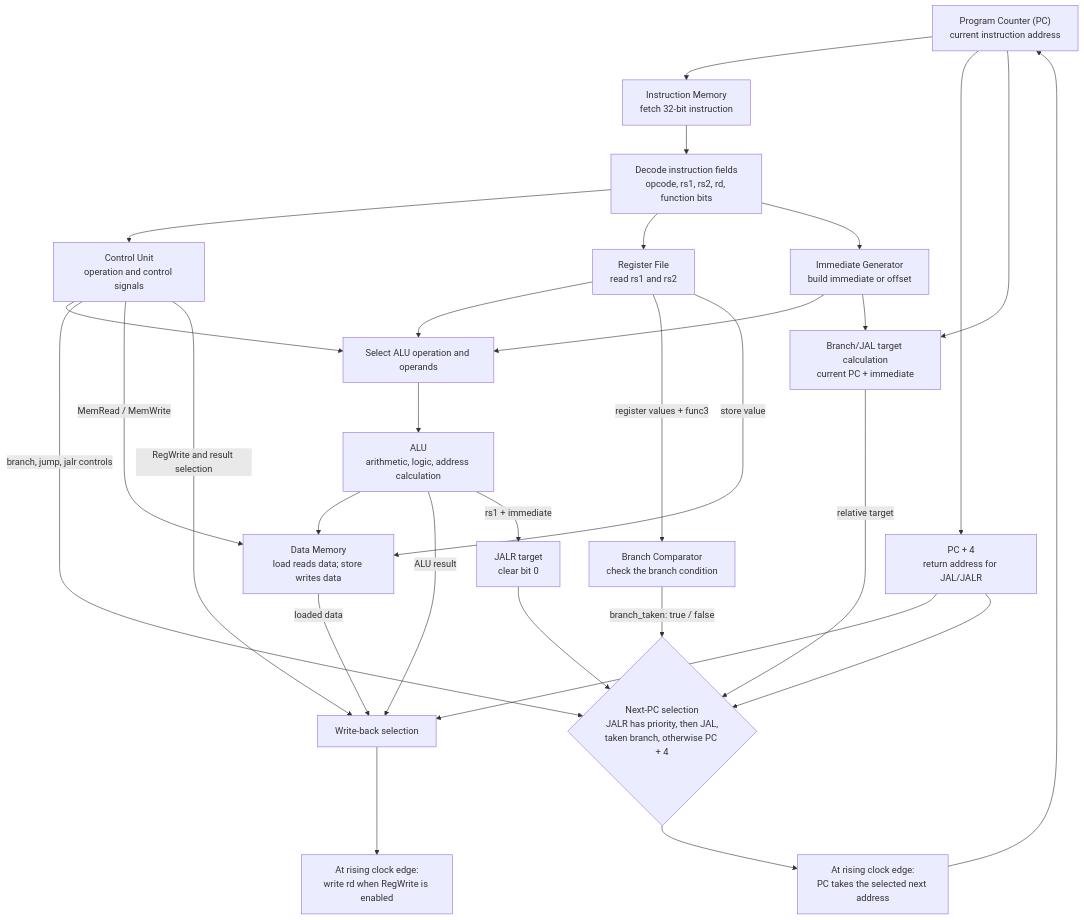
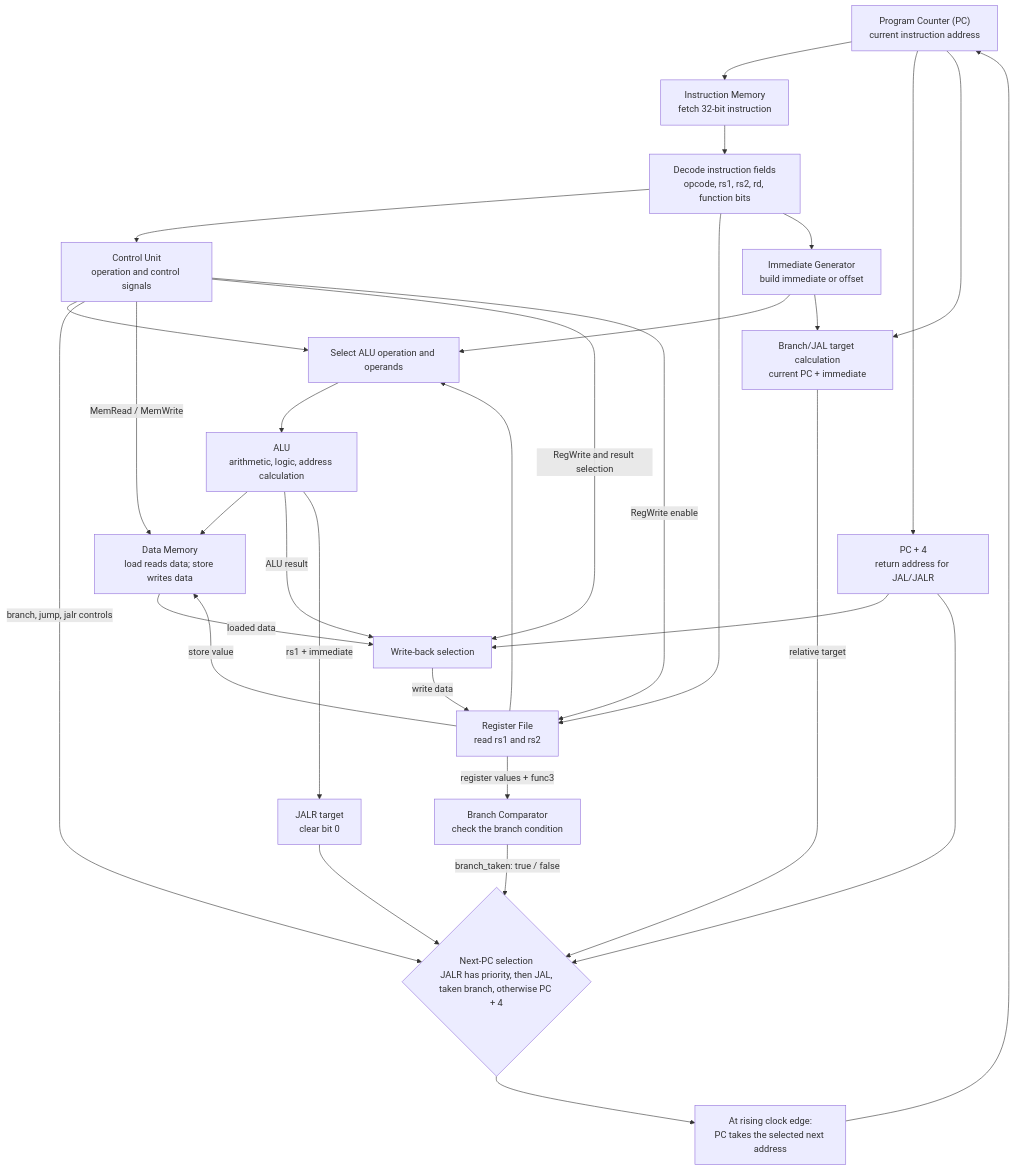
One commit to sHiNoBi005/RV32I changed the diagram in README.md. Above: the diagram before and after it, drawn with Mermaid.

Commit message:
Connect write-back path in processor flowchart

````diff
--- a/README.md
+++ b/README.md
@@ -41,40 +41,41 @@
 ```mermaid
 flowchart TD
     PC["Program Counter (PC)<br/>current instruction address"] --> IM["Instruction Memory<br/>fetch 32-bit instruction"]
     IM --> DEC["Decode instruction fields<br/>opcode, rs1, rs2, rd, function bits"]
 
     DEC --> CU["Control Unit<br/>operation and control signals"]
     DEC --> RF["Register File<br/>read rs1 and rs2"]
     DEC --> IG["Immediate Generator<br/>build immediate or offset"]
 
     CU --> ALUSetup["Select ALU operation and operands"]
     RF --> ALUSetup
     IG --> ALUSetup
     ALUSetup --> ALU["ALU<br/>arithmetic, logic, address calculation"]
 
     RF -- "register values + func3" --> BC["Branch Comparator<br/>check the branch condition"]
     BC -- "branch_taken: true / false" --> NPC
     CU -- "branch, jump, jalr controls" --> NPC
 
     ALU --> DM["Data Memory<br/>load reads data; store writes data"]
     RF -- "store value" --> DM
     CU -- "MemRead / MemWrite" --> DM
 
     ALU -- "ALU result" --> WB["Write-back selection"]
     DM -- "loaded data" --> WB
     PC4["PC + 4<br/>return address for JAL/JALR"] --> WB
     CU -- "RegWrite and result selection" --> WB
-    WB --> RFWrite["At rising clock edge:<br/>write rd when RegWrite is enabled"]
+    WB -- "write data" --> RF
+    CU -- "RegWrite enable" --> RF
 
     PC --> PC4
     PC --> BT["Branch/JAL target calculation<br/>current PC + immediate"]
     IG --> BT
     BT -- "relative target" --> NPC
     ALU -- "rs1 + immediate" --> JT["JALR target<br/>clear bit 0"]
     JT --> NPC
     PC4 --> NPC
 
     NPC{"Next-PC selection<br/>JALR has priority, then JAL,<br/>taken branch, otherwise PC + 4"}
     NPC --> PCUpdate["At rising clock edge:<br/>PC takes the selected next address"]
     PCUpdate --> PC
 ```
````
